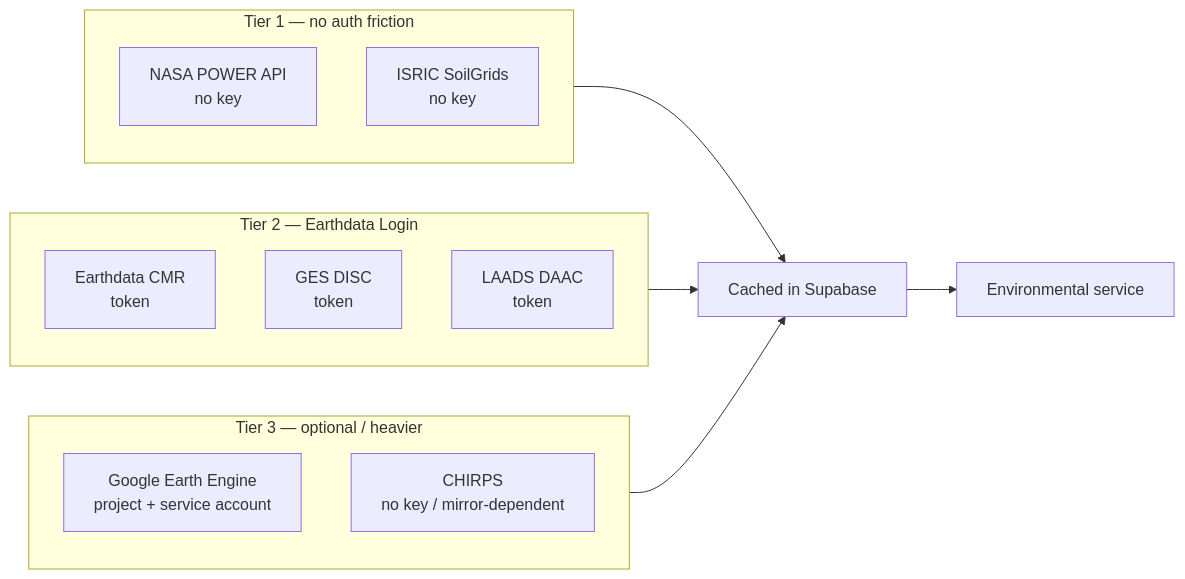
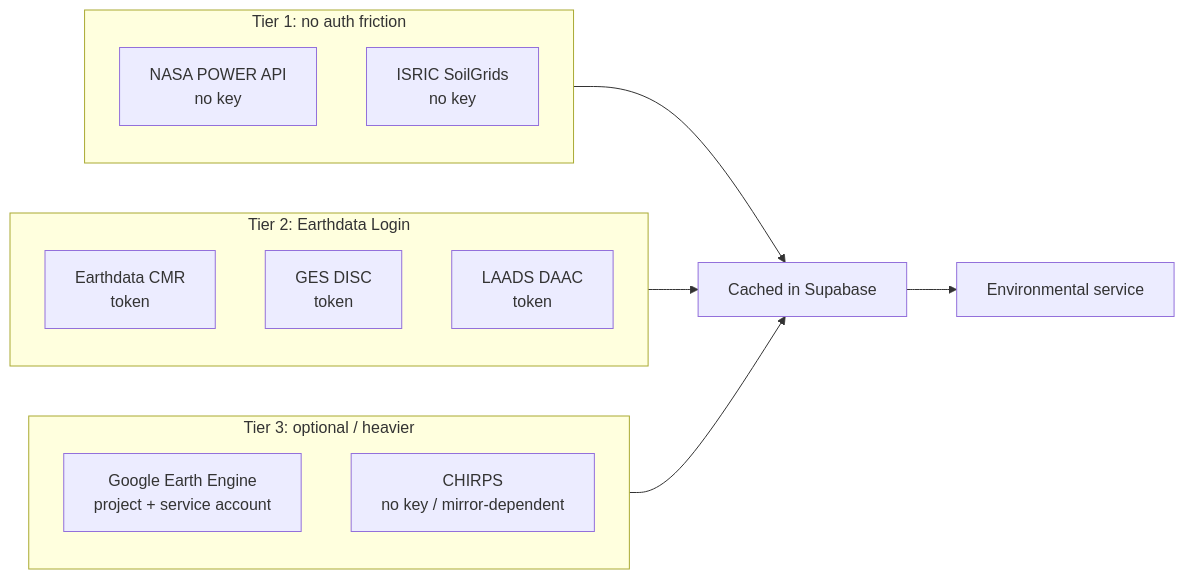
One commit to vip-ultr/dalashift changed the eighth of 15 diagrams in ARCHITECTURE.md. Above: the diagram before and after it, drawn with Mermaid. The commit also changed other lines of this file and 62 other files, not shown here.

````diff
--- a/ARCHITECTURE.md
+++ b/ARCHITECTURE.md
@@ -607,21 +607,21 @@
 ```mermaid
 flowchart LR
-    subgraph Tier1["Tier 1 — no auth friction"]
+    subgraph Tier1["Tier 1: no auth friction"]
         POWER["NASA POWER API<br/>no key"]
         SOIL["ISRIC SoilGrids<br/>no key"]
     end
-    subgraph Tier2["Tier 2 — Earthdata Login"]
+    subgraph Tier2["Tier 2: Earthdata Login"]
         CMR["Earthdata CMR<br/>token"]
         GES["GES DISC<br/>token"]
         LAADS["LAADS DAAC<br/>token"]
     end
-    subgraph Tier3["Tier 3 — optional / heavier"]
+    subgraph Tier3["Tier 3: optional / heavier"]
         GEE["Google Earth Engine<br/>project + service account"]
         CHIRPS["CHIRPS<br/>no key / mirror-dependent"]
     end
 
     Tier1 --> C1["Cached in Supabase"]
     Tier2 --> C1
     Tier3 --> C1
     C1 --> Svc["Environmental service"]
 ```
````
